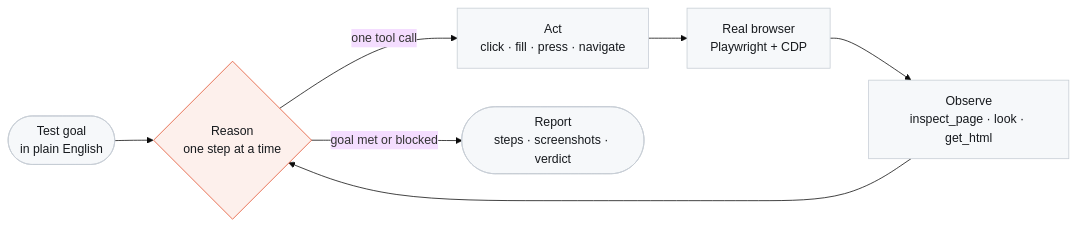
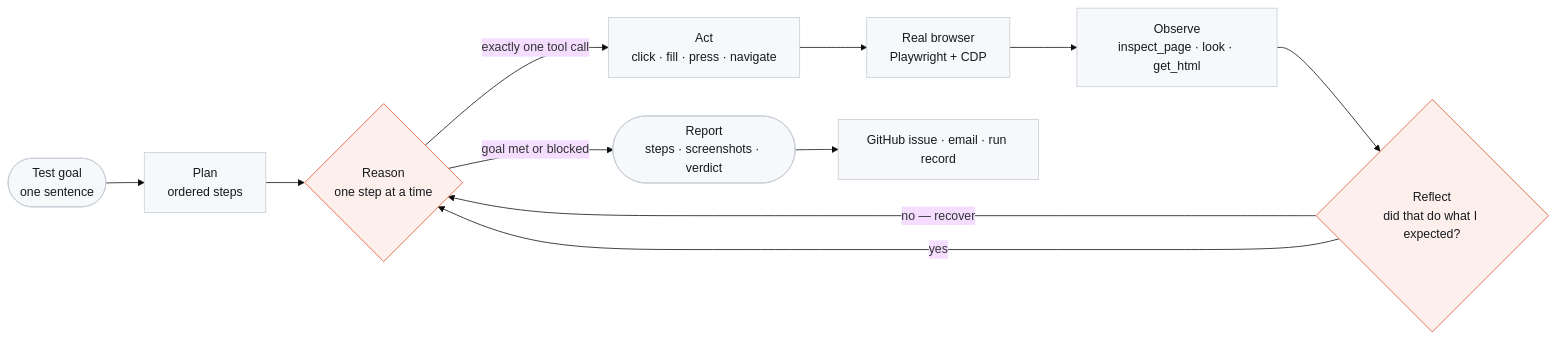
Before and after one commit to hritvikgupta/probeqa: the diagram in README.md, drawn with Mermaid (base theme). The commit also changed other lines of this file and 4 other files, not shown here.

````diff
--- a/README.md
+++ b/README.md
@@ -36,14 +53,18 @@
 ```mermaid
 flowchart LR
-    GOAL(["Test goal<br/>in plain English"]) --> R{"Reason<br/>one step at a time"}
-    R -->|"one tool call"| ACT["Act<br/>click · fill · press · navigate"]
+    GOAL(["Test goal<br/>one sentence"]) --> PLAN["Plan<br/>ordered steps"]
+    PLAN --> R{"Reason<br/>one step at a time"}
+    R -->|"exactly one tool call"| ACT["Act<br/>click · fill · press · navigate"]
     ACT --> BR["Real browser<br/>Playwright + CDP"]
     BR --> OBS["Observe<br/>inspect_page · look · get_html"]
-    OBS --> R
+    OBS --> REF{"Reflect<br/>did that do what I expected?"}
+    REF -->|"no — recover"| R
+    REF -->|"yes"| R
     R -->|"goal met or blocked"| REP(["Report<br/>steps · screenshots · verdict"])
+    REP --> OUT["GitHub issue · email · run record"]
 
     classDef n fill:#F6F8FA,stroke:#C6CDD5,color:#16191D
     classDef h fill:#FDF0EC,stroke:#E14D2A,color:#16191D
-    class GOAL,ACT,BR,OBS,REP n
-    class R h
+    class GOAL,PLAN,ACT,BR,OBS,REP,OUT n
+    class R,REF h
 ```
````
